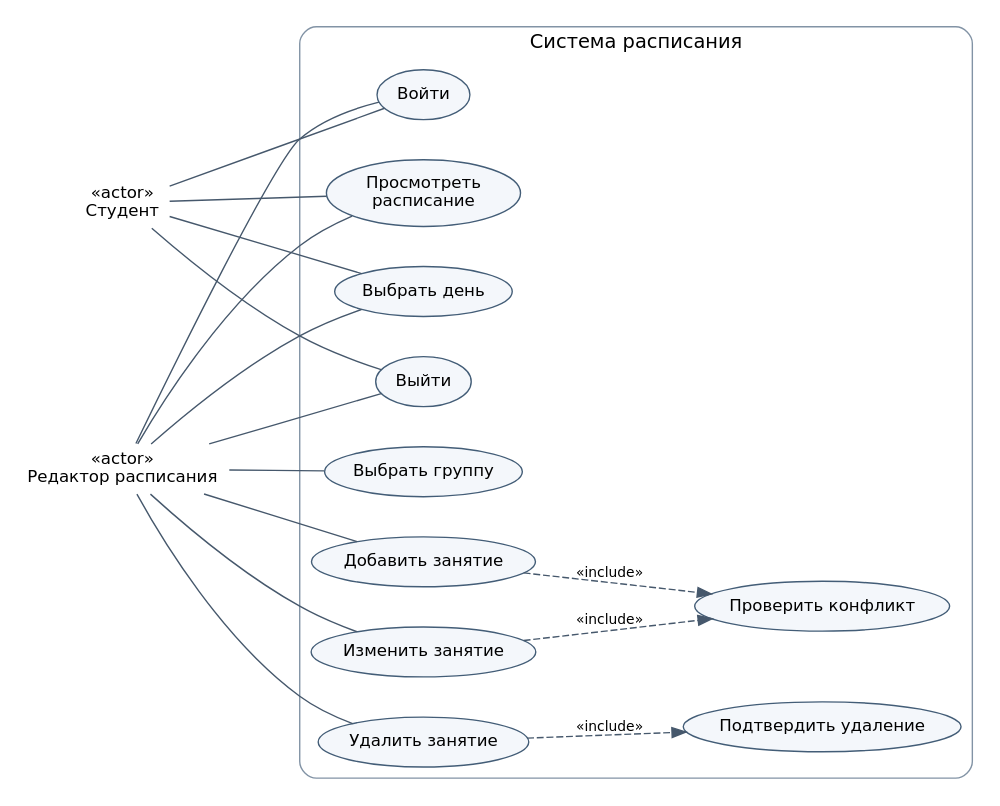
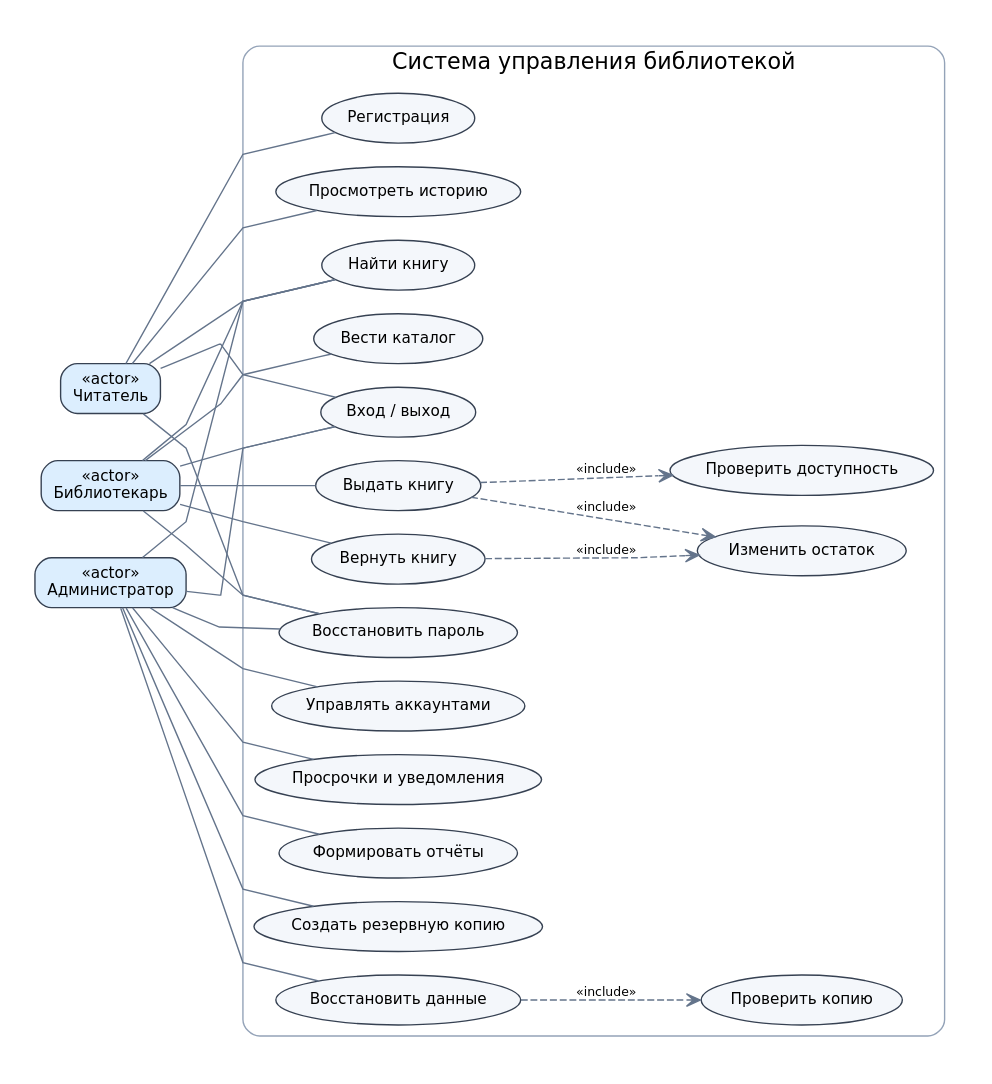
One commit to danmerced/inai-coursework changed the diagram in semester-02/software-engineering/uml/use-case.dot. Above: the diagram before and after it, drawn with Graphviz. The commit also changed 21 other files, not shown here.

```diff
--- a/semester-02/software-engineering/uml/use-case.dot
+++ b/semester-02/software-engineering/uml/use-case.dot
@@ -1,27 +1,39 @@
-digraph use_case {
-  graph [rankdir=LR, bgcolor="white", fontname="DejaVu Sans", nodesep=.4, ranksep=.8];
-  node [fontname="DejaVu Sans", fontsize=12, shape=ellipse, style=filled, fillcolor="#f4f7fb", color="#435d77"];
-  edge [fontname="DejaVu Sans", fontsize=10, color="#46586c"];
-  student [label="«actor»\nСтудент", shape=plaintext, style=""];
-  editor [label="«actor»\nРедактор расписания", shape=plaintext, style=""];
-  subgraph cluster_system {
-    label="Система расписания";
-    style=rounded; color="#8293a5";
-    login [label="Войти"];
-    view [label="Просмотреть\nрасписание"];
-    day [label="Выбрать день"];
-    logout [label="Выйти"];
-    group [label="Выбрать группу"];
-    add [label="Добавить занятие"];
-    edit [label="Изменить занятие"];
-    validate [label="Проверить конфликт"];
-    del [label="Удалить занятие"];
-    confirm [label="Подтвердить удаление"];
-    {rank=same; login; view; day; logout; group; add; edit; del;}
-    add -> validate [style=dashed, label="«include»"];
-    edit -> validate [style=dashed, label="«include»"];
-    del -> confirm [style=dashed, label="«include»"];
-  }
-  student -> {login view day logout} [dir=none];
-  editor -> {login view day logout group add edit del} [dir=none];
+digraph UseCase {
+ graph [rankdir=LR, bgcolor="white", pad=0.25, nodesep=0.23, ranksep=0.65, fontname="DejaVu Sans", splines=polyline];
+ node [fontname="DejaVu Sans", fontsize=11, color="#364152", style=filled, fillcolor="#f4f7fb"];
+ edge [fontname="DejaVu Sans", fontsize=9, color="#64748b", arrowhead=none];
+ Reader [label="«actor»\nЧитатель",shape=box,style="rounded,filled",fillcolor="#dceefe"];
+ Librarian [label="«actor»\nБиблиотекарь",shape=box,style="rounded,filled",fillcolor="#dceefe"];
+ Admin [label="«actor»\nАдминистратор",shape=box,style="rounded,filled",fillcolor="#dceefe"];
+ {rank=same;Reader;Librarian;Admin}
+ Reader->Librarian->Admin [style=invis,weight=10];
+ subgraph cluster_system {
+  label="Система управления библиотекой"; fontsize=16; fontname="DejaVu Sans"; color="#94a3b8"; style=rounded;
+  node [shape=ellipse];
+  Register [label="Регистрация"];
+  Login [label="Вход / выход"];
+  Password [label="Восстановить пароль"];
+  Find [label="Найти книгу"];
+  History [label="Просмотреть историю"];
+  Catalog [label="Вести каталог"];
+  Issue [label="Выдать книгу"];
+  Return [label="Вернуть книгу"];
+  Available [label="Проверить доступность"];
+  Stock [label="Изменить остаток"];
+  Accounts [label="Управлять аккаунтами"];
+  Overdue [label="Просрочки и уведомления"];
+  Reports [label="Формировать отчёты"];
+  Backup [label="Создать резервную копию"];
+  Restore [label="Восстановить данные"];
+  Verify [label="Проверить копию"];
+  {rank=same;Register;Login;Password;Find;History;Catalog;Issue;Return;Accounts;Overdue;Reports;Backup;Restore}
+  {rank=same;Available;Stock;Verify}
+  Issue -> Available [style=dashed,arrowhead=vee,label="«include»"];
+  Issue -> Stock [style=dashed,arrowhead=vee,label="«include»"];
+  Return -> Stock [style=dashed,arrowhead=vee,label="«include»"];
+  Restore -> Verify [style=dashed,arrowhead=vee,label="«include»"];
+ }
+ Reader -> {Register Login Password Find History};
+ Librarian -> {Login Password Find Catalog Issue Return};
+ Admin -> {Login Password Find Accounts Overdue Reports Backup Restore};
 }
```
